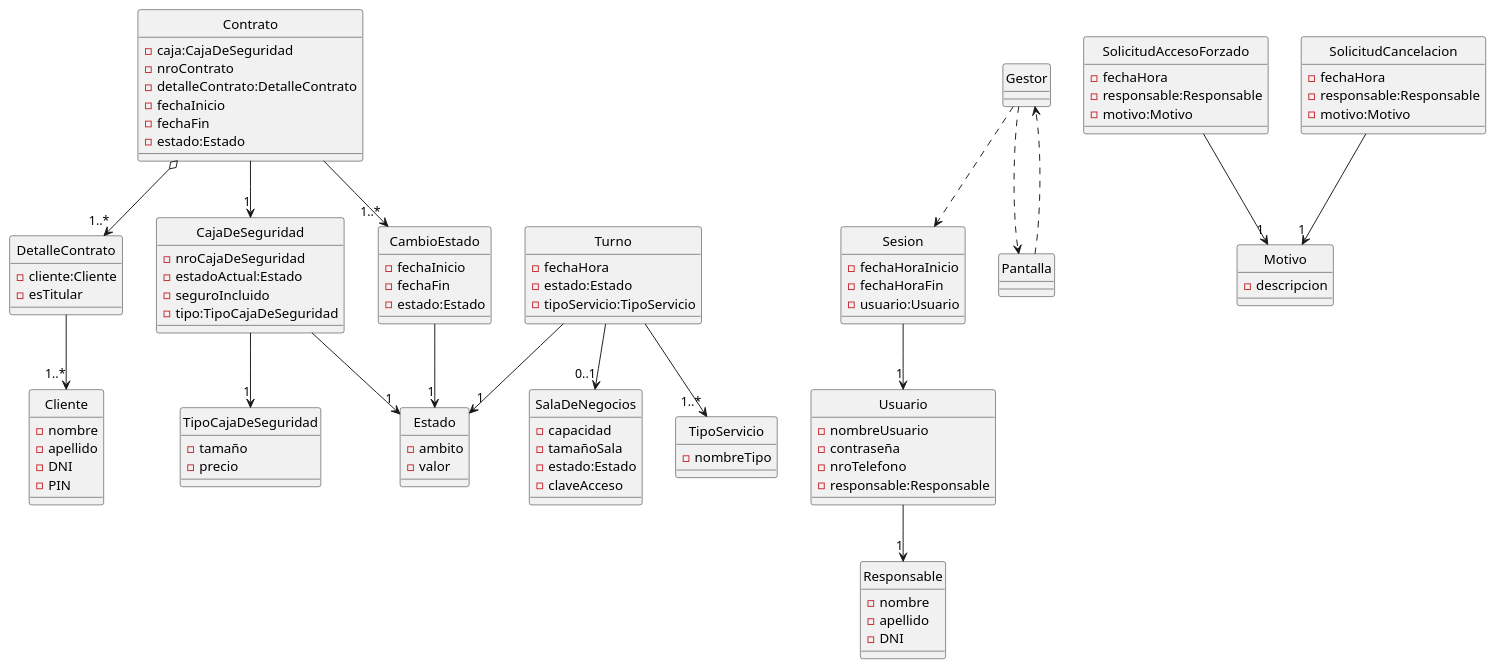
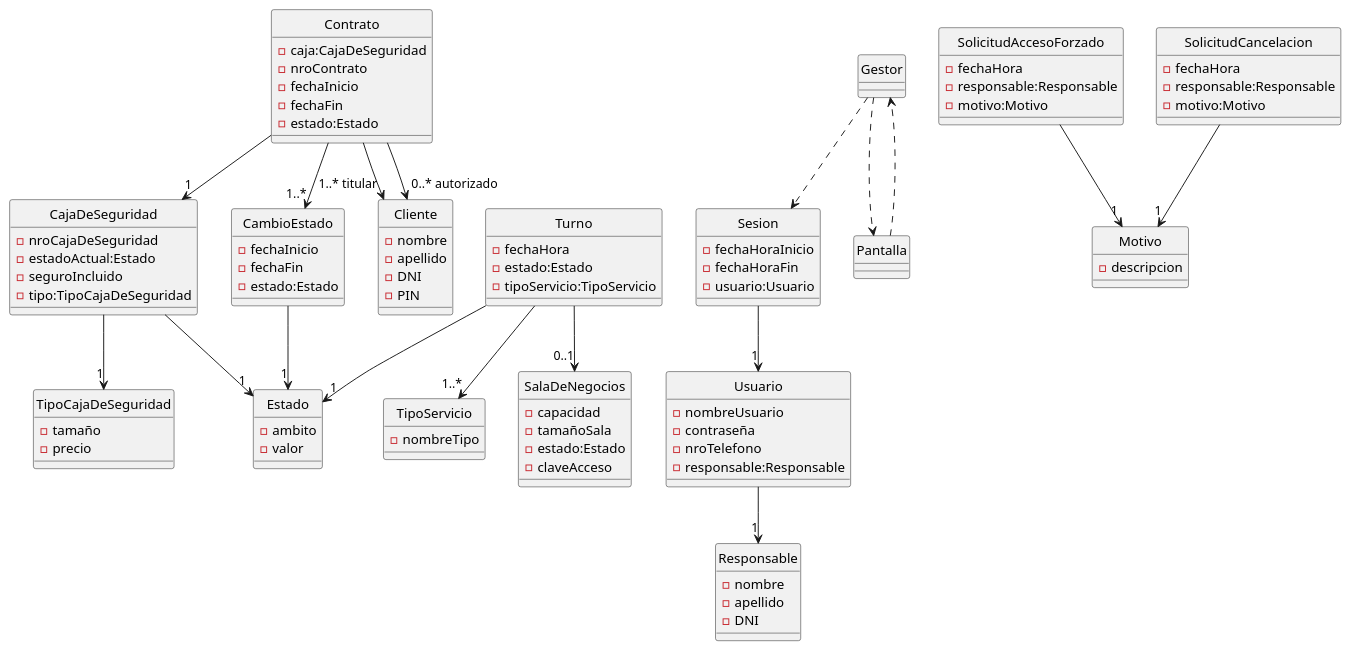
Before and after one commit to IgnacioSala20/Diagramas: the diagram in Parcial Cajas de Seguridad/diagrama-clases-completo.puml, drawn with PlantUML.

Commit message:
diagrama clases parcial actualizado, dos punteros

```diff
--- a/Parcial Cajas de Seguridad/diagrama-clases-completo.puml
+++ b/Parcial Cajas de Seguridad/diagrama-clases-completo.puml
@@ -1,141 +1,141 @@
 @startuml
 hide circle 
 class CajaDeSeguridad{
     -nroCajaDeSeguridad
     -estadoActual:Estado
     -seguroIncluido
     -tipo:TipoCajaDeSeguridad
 
 
 }
 
 class TipoCajaDeSeguridad{
     -tamaño
     -precio
 }
 
 'class Sucursal{}
 
 class Contrato{
     -caja:CajaDeSeguridad
     -nroContrato
-    -detalleContrato:DetalleContrato
     -fechaInicio
     -fechaFin
     -estado:Estado
 }
 
-class DetalleContrato{
-    - cliente:Cliente
-    - esTitular
-}
+'class DetalleContrato{
+'    - cliente:Cliente
+'    - esTitular
+'}
 
 class CambioEstado{
     -fechaInicio 
     -fechaFin
     -estado:Estado
 
 }
 class Estado{
     - ambito
     - valor
 
 }
 
 'class FormaPago{}
 'class Cuota{}
 
 class Cliente{
     -nombre
     -apellido
     -DNI 
     -PIN 
 }
 'class Rol{}
 
 class Sesion{
     -fechaHoraInicio
     -fechaHoraFin
     -usuario:Usuario
 }
 class Usuario{
     -nombreUsuario
     -contraseña
     -nroTelefono
     -responsable:Responsable
 }
 class Responsable{
     -nombre
     -apellido 
     -DNI
 }
 
 
 
 class Motivo{
     - descripcion
 }
 
 class SolicitudAccesoForzado{
     -fechaHora
     -responsable:Responsable
     - motivo:Motivo
 }
 
 class SolicitudCancelacion{
     -fechaHora 
     -responsable:Responsable 
     -motivo:Motivo
 }
 
 class Turno{
     -fechaHora 
     -estado:Estado 
     -tipoServicio:TipoServicio
 }
 'caja de seguridad y/o sala de negocios
 class TipoServicio{
     -nombreTipo
 }
 'class EstadoTurno{} conviene turno hacerlo sin cambio de estado?
 
 class SalaDeNegocios{
     -capacidad
     -tamañoSala
     -estado:Estado 
     -claveAcceso
 
 }
 
 'esto va a depender de la plantilla que toque
 class Gestor{} 
 class Pantalla{}
 
 
 
 CajaDeSeguridad --> "1" TipoCajaDeSeguridad
 CajaDeSeguridad --> "1" Estado
 
-Contrato o--> "1..*" DetalleContrato
-DetalleContrato --> "1..*" Cliente
-
+'Contrato o--> "1..*" DetalleContrato
+'DetalleContrato --> "1..*" Cliente
+Contrato --> "1..* titular" Cliente 
+Contrato -->"0..* autorizado" Cliente
 Contrato --> "1" CajaDeSeguridad
 
 Contrato --> "1..*" CambioEstado
 CambioEstado --> "1" Estado
 
 Turno --> "1" Estado 
 Turno --> "1..*" TipoServicio
 
 Turno -->"0..1" SalaDeNegocios
 
 Sesion --> "1" Usuario
 Usuario --> "1" Responsable
 
 SolicitudAccesoForzado --> "1" Motivo
 SolicitudCancelacion --> "1" Motivo
 
 Gestor ..> Sesion
 Gestor ..> Pantalla
 Pantalla ..> Gestor
 @enduml
```
